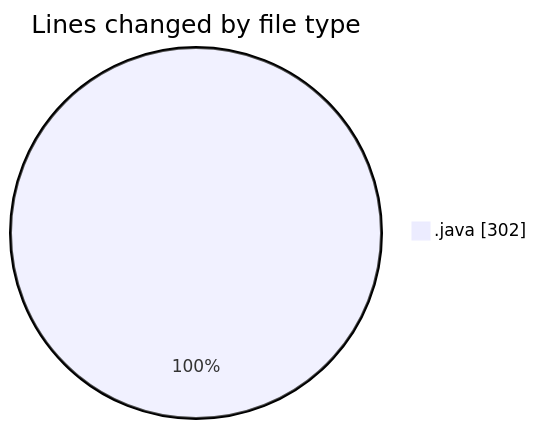
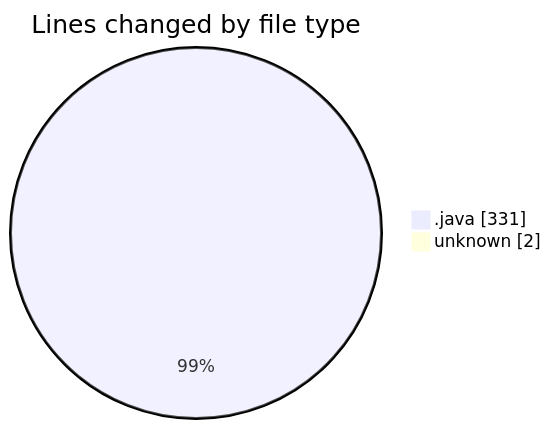
Before and after one commit to ricardozamudiocil/code-tracking: the first of 2 diagrams in 2026-04-10/cilapp/README.md, drawn with Mermaid. The commit also changed other lines of this file and 1 other file, not shown here.

````diff
--- a/2026-04-10/cilapp/README.md
+++ b/2026-04-10/cilapp/README.md
@@ -23,5 +26,6 @@
 ```mermaid
 pie showData
 title Lines changed by file type
-".java" : 302
+".java" : 331
+"unknown" : 2
 ```
````
